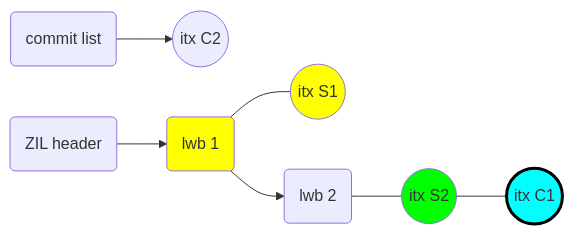
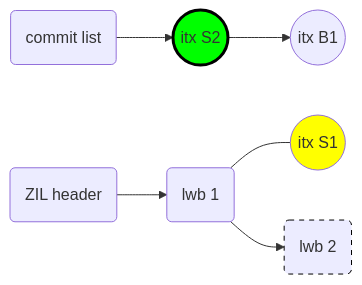
One commit to prakashsurya/prakashsurya.github.io changed diagram 14 of 44 in content/post/2017-10-24-zil-performance-how-i-doubled-sync-write-speed.md. Above: the diagram before and after it, drawn with Mermaid. The commit also changed other lines of this file, not shown here.

```diff
--- a/content/post/2017-10-24-zil-performance-how-i-doubled-sync-write-speed.md
+++ b/content/post/2017-10-24-zil-performance-how-i-doubled-sync-write-speed.md
@@ -527,15 +843,15 @@
 <div class="mermaid">
 graph LR
-  CLIST(commit list) --> OBJ-C-2((itx C2))
+  CLIST(commit list) --> SLIST-2((itx S2))
+  SLIST-2            --> OBJ-B-1((itx B1))
 
   HEADER(ZIL header) --> LWB-1(lwb 1)
   LWB-1              --- SLIST-1((itx S1))
   LWB-1              --> LWB-2(lwb 2)
-  LWB-2              --- SLIST-2((itx S2))
-  SLIST-2            --- OBJ-C-1((itx C1))
+  LWB-2
 
   style SLIST-1 fill:#ffff00
-  style SLIST-2 fill:#00ff00
-  style OBJ-C-1 fill:#00ffff,stroke:#000000,stroke-width:3px
-  style LWB-1   fill:#ffff00
+  style SLIST-2 fill:#00ff00,stroke:#000000,stroke-width:3px
+
+  style LWB-2 stroke:#000000, stroke-dasharray:5, 5
 </div>
```
